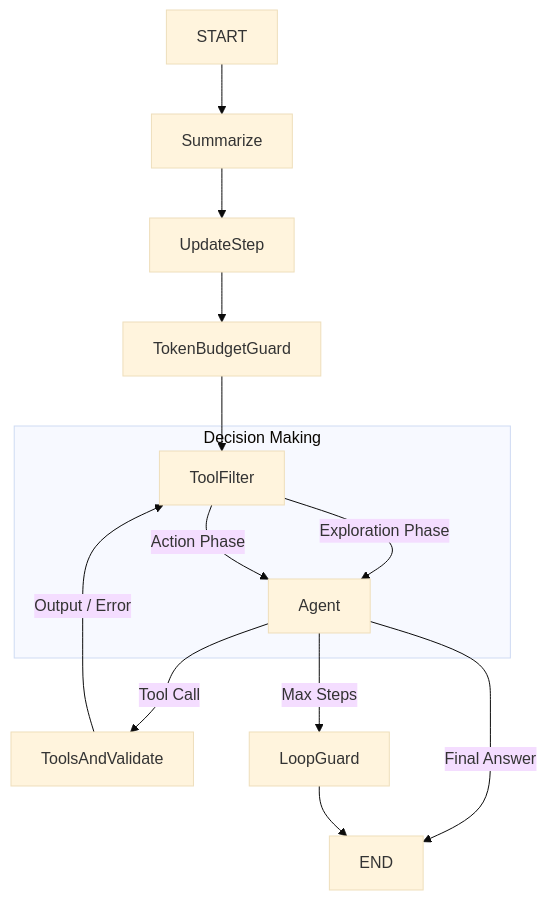
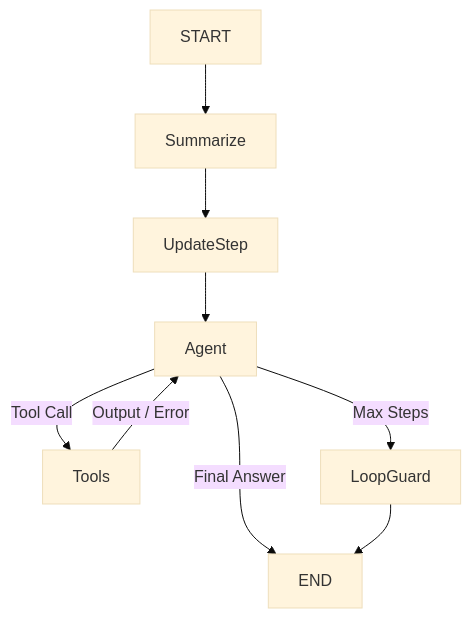
One commit to maks-mk/simple-ai-agent changed the diagram in README.md. Above: the diagram before and after it, drawn with Mermaid (base theme). The commit also changed other lines of this file and 12 other files, not shown here.

````diff
--- a/README.md
+++ b/README.md
@@ -240,18 +230,12 @@
 ```mermaid
 graph TD
     START --> Summarize
     Summarize --> UpdateStep
-    UpdateStep --> TokenBudgetGuard
-    TokenBudgetGuard --> ToolFilter
+    UpdateStep --> Agent
     
-    subgraph Decision Making
-        ToolFilter -->|Exploration Phase| Agent
-        ToolFilter -->|Action Phase| Agent
-    end
-    
-    Agent -- Tool Call --> ToolsAndValidate
-    ToolsAndValidate -- Output / Error --> ToolFilter
+    Agent -- Tool Call --> Tools
+    Tools -- Output / Error --> Agent
     
     Agent -- Final Answer --> END
     Agent -- Max Steps --> LoopGuard --> END
 ```
````
